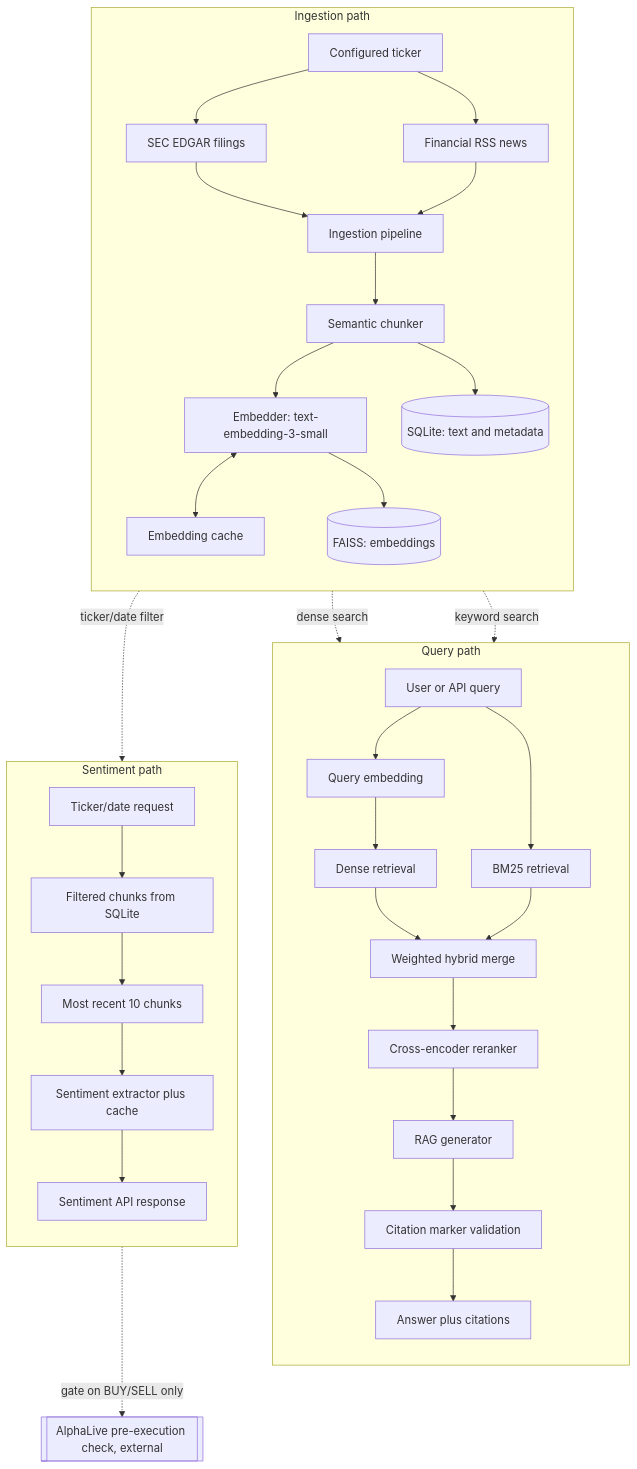
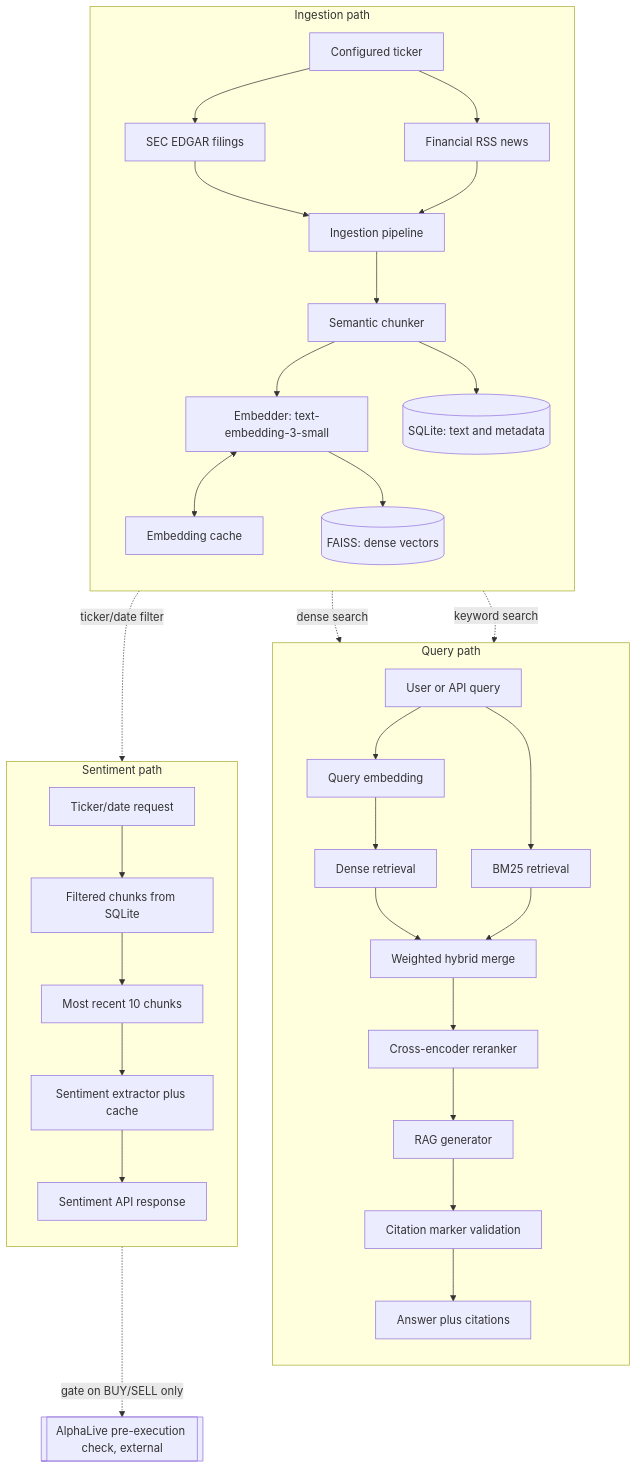
The diagram in README.md (bernardoguterres/AlphaSignal), drawn with Mermaid before and after one commit. The commit also changed other lines of this file, not shown here.

````diff
--- a/README.md
+++ b/README.md
@@ -26,41 +27,41 @@
 ```mermaid
 flowchart TB
     subgraph ING["Ingestion path"]
         direction TB
         A[Configured ticker] --> B[SEC EDGAR filings]
         A --> C[Financial RSS news]
         B --> D[Ingestion pipeline]
         C --> D
         D --> E[Semantic chunker]
         E --> G["Embedder: text-embedding-3-small"]
         G <--> F[Embedding cache]
         E --> H[(SQLite: text and metadata)]
-        G --> I[(FAISS: embeddings)]
+        G --> I[(FAISS: dense vectors)]
     end
 
     subgraph QRY["Query path"]
         direction TB
         J[User or API query] --> K[Query embedding]
         K --> L[Dense retrieval]
         J --> M[BM25 retrieval]
         L --> N[Weighted hybrid merge]
         M --> N
         N --> O[Cross-encoder reranker]
         O --> P[RAG generator]
         P --> Q[Citation marker validation]
         Q --> R[Answer plus citations]
     end
 
     subgraph SEN["Sentiment path"]
         direction TB
         S[Ticker/date request] --> T[Filtered chunks from SQLite]
         T --> T2[Most recent 10 chunks]
         T2 --> U[Sentiment extractor plus cache]
         U --> V[Sentiment API response]
     end
 
     I -.dense search.-> L
     H -.keyword search.-> M
     H -.ticker/date filter.-> T
     V -.gate on BUY/SELL only.-> W[[AlphaLive pre-execution check, external]]
 ```
````
